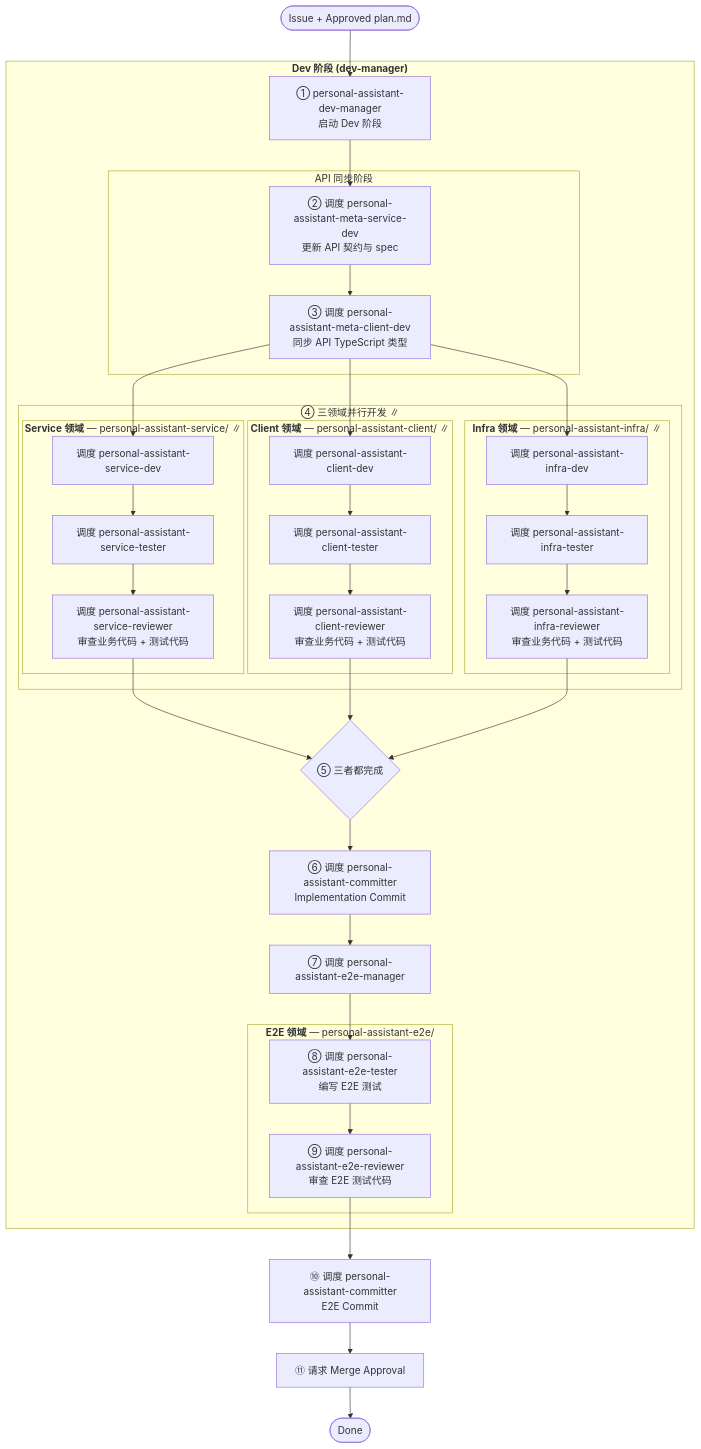
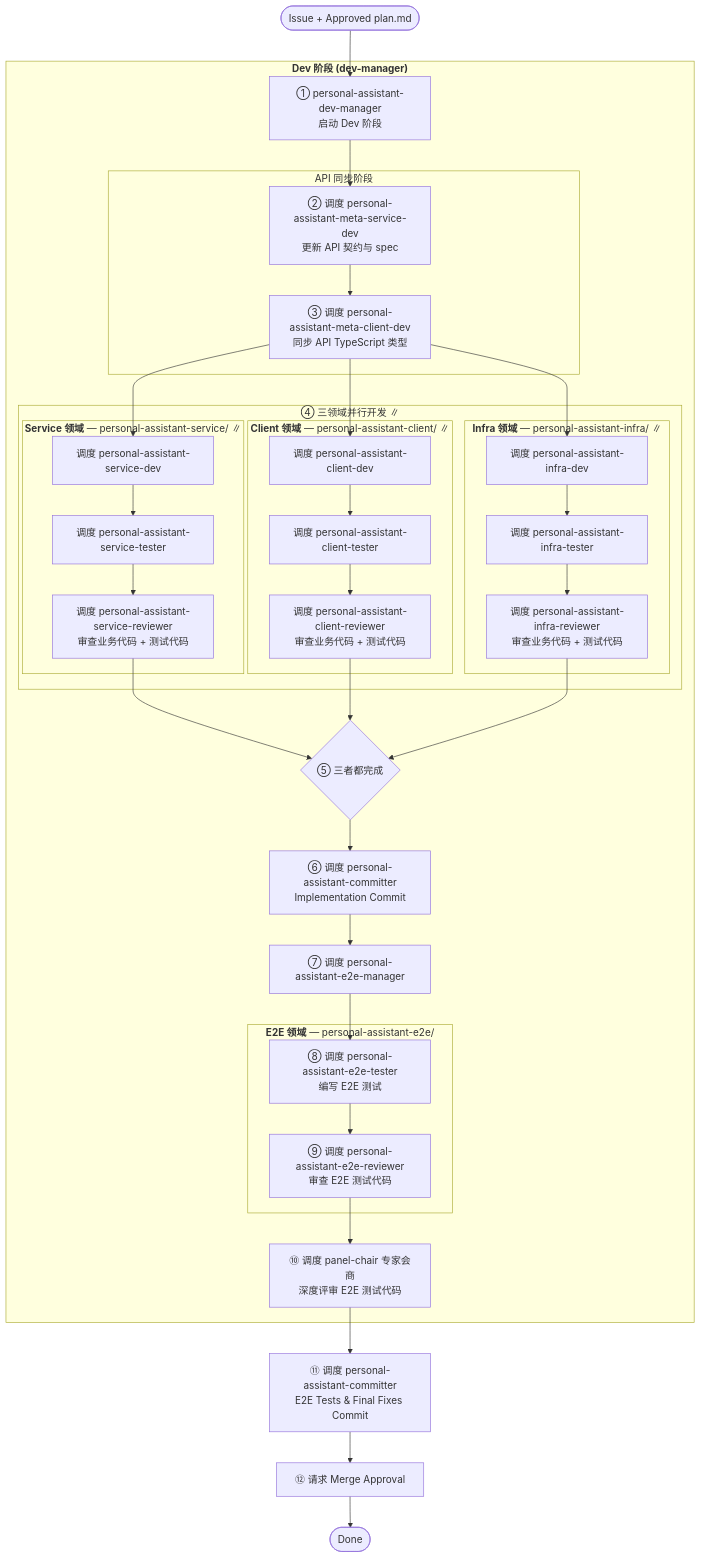
The third of 3 diagrams in personal-assistant-meta/architecture/devops/opencode-workflow.md (T-1009/personal-assistant), drawn with Mermaid before and after one commit. The commit also changed other lines of this file and 3 other files, not shown here.

First line of the commit message:
feat: add panel-chair E2E test code review and merge final fixes into E2E commit

````diff
--- a/personal-assistant-meta/architecture/devops/opencode-workflow.md
+++ b/personal-assistant-meta/architecture/devops/opencode-workflow.md
@@ -160,61 +160,63 @@
 ```mermaid
 flowchart TD
     START(["Issue + Approved plan.md"]) --> S5["① personal-assistant-dev-manager<br/>启动 Dev 阶段"]
 
     subgraph DEV_PHASE["<b>Dev 阶段 (dev-manager)</b>"]
         subgraph API_SYNC["API 同步阶段"]
             S6["② 调度 personal-assistant-meta-service-dev<br/>更新 API 契约与 spec"]
             S7["③ 调度 personal-assistant-meta-client-dev<br/>同步 API TypeScript 类型"]
             S6 --> S7
         end
 
         S5 --> S6
 
         subgraph PARALLEL_DEV["④ 三领域并行开发  ∥"]
             subgraph SVC_PHASE["<b>Service 领域</b> — personal-assistant-service/  ∥"]
                 S8A["调度 personal-assistant-service-dev"]
                 S9A["调度 personal-assistant-service-tester"]
                 S10A["调度 personal-assistant-service-reviewer<br/>审查业务代码 + 测试代码"]
                 S8A --> S9A --> S10A
             end
 
             subgraph CLIENT_PHASE["<b>Client 领域</b> — personal-assistant-client/  ∥"]
                 S8B["调度 personal-assistant-client-dev"]
                 S9B["调度 personal-assistant-client-tester"]
                 S10B["调度 personal-assistant-client-reviewer<br/>审查业务代码 + 测试代码"]
                 S8B --> S9B --> S10B
             end
 
             subgraph INFRA_PHASE["<b>Infra 领域</b> — personal-assistant-infra/  ∥"]
                 S8C["调度 personal-assistant-infra-dev"]
                 S9C["调度 personal-assistant-infra-tester"]
                 S10C["调度 personal-assistant-infra-reviewer<br/>审查业务代码 + 测试代码"]
                 S8C --> S9C --> S10C
             end
         end
 
         S7 --> S8A
         S7 --> S8B
         S7 --> S8C
 
         S10A --> JOIN{"⑤ 三者都完成"}
         S10B --> JOIN
         S10C --> JOIN
 
         JOIN --> S11["⑥ 调度 personal-assistant-committer<br/>Implementation Commit"]
 
         S11 --> S12["⑦ 调度 personal-assistant-e2e-manager"]
 
         subgraph E2E_PHASE["<b>E2E 领域</b> — personal-assistant-e2e/"]
             S12A["⑧ 调度 personal-assistant-e2e-tester<br/>编写 E2E 测试"]
             S12B["⑨ 调度 personal-assistant-e2e-reviewer<br/>审查 E2E 测试代码"]
             S12A --> S12B
         end
 
         S12 --> S12A
+
+        S12B --> S12C["⑩ 调度 panel-chair 专家会商<br/>深度评审 E2E 测试代码"]
     end
 
-    S12B --> S13["⑩ 调度 personal-assistant-committer<br/>E2E Commit"]
-    S13 --> S14_APPROVAL["⑪ 请求 Merge Approval"]
+    S12C --> S13["⑪ 调度 personal-assistant-committer<br/>E2E Tests & Final Fixes Commit"]
+    S13 --> S14_APPROVAL["⑫ 请求 Merge Approval"]
     S14_APPROVAL --> DONE(["Done"])
 ```
````
